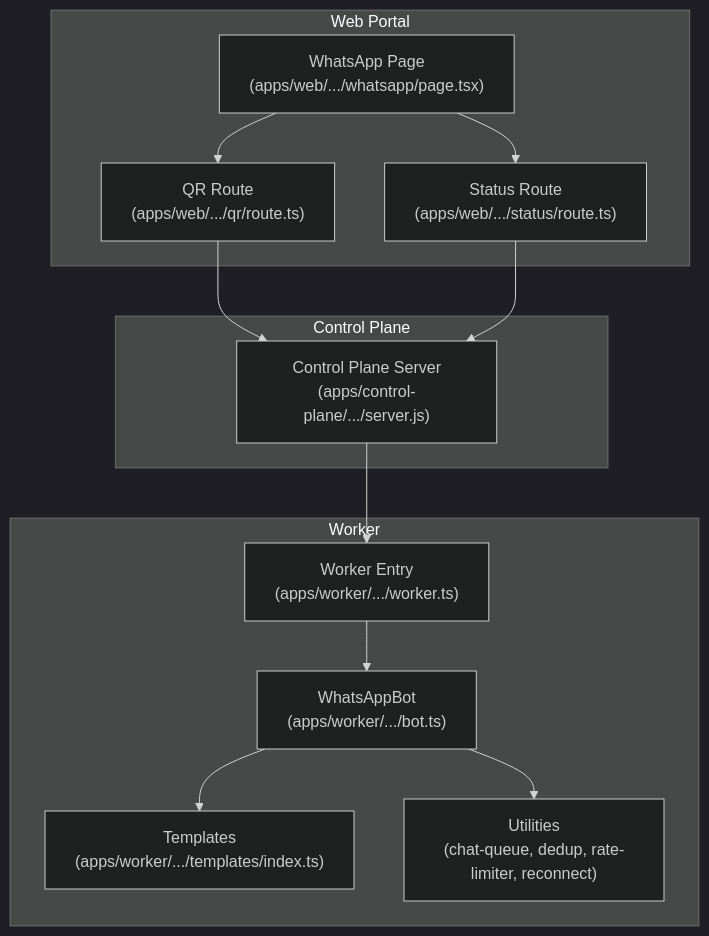
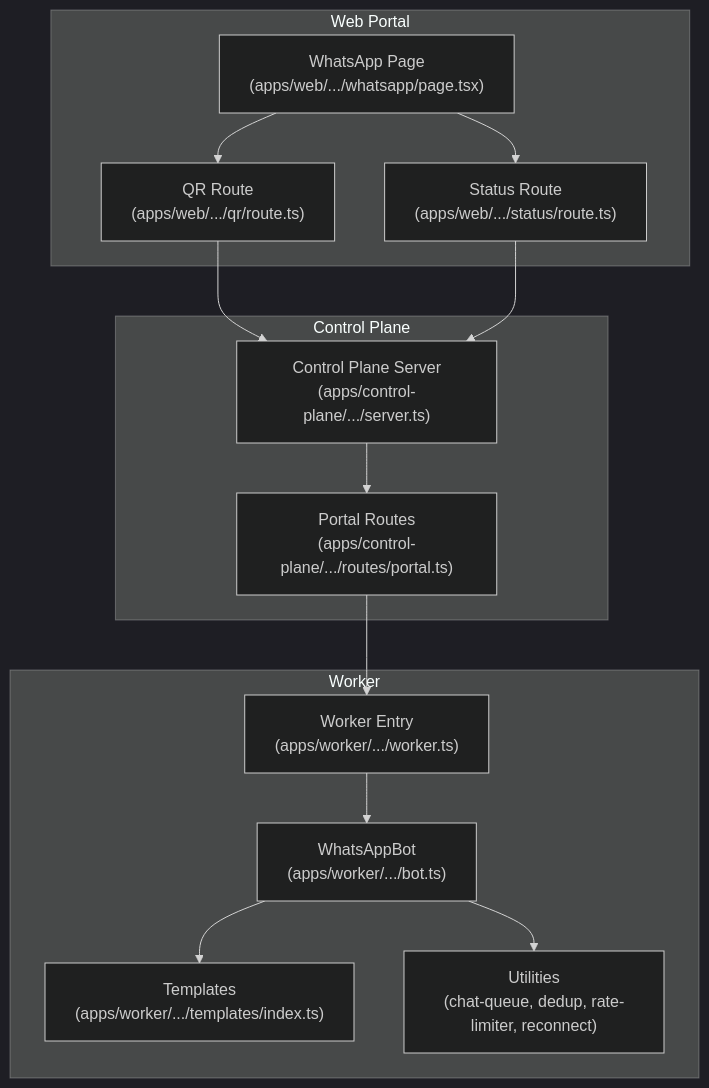
The first of 8 diagrams in .qoder/repowiki/en/content/WhatsApp Integration/WhatsApp Integration.md (askchiwa-spec/FLOW-HQ-BOT), drawn with Mermaid (dark theme) before and after one commit. The commit also changed other lines of this file and 69 other files, not shown here.

````diff
--- a/.qoder/repowiki/en/content/WhatsApp Integration/WhatsApp Integration.md
+++ b/.qoder/repowiki/en/content/WhatsApp Integration/WhatsApp Integration.md
@@ -42,25 +56,27 @@
 ```mermaid
 graph TB
 subgraph "Web Portal"
 WP["WhatsApp Page<br/>(apps/web/.../whatsapp/page.tsx)"]
 QRRoute["QR Route<br/>(apps/web/.../qr/route.ts)"]
 StatusRoute["Status Route<br/>(apps/web/.../status/route.ts)"]
 end
 subgraph "Control Plane"
-CP["Control Plane Server<br/>(apps/control-plane/.../server.js)"]
+CP["Control Plane Server<br/>(apps/control-plane/.../server.ts)"]
+PortalRoutes["Portal Routes<br/>(apps/control-plane/.../routes/portal.ts)"]
 end
 subgraph "Worker"
 WorkerMain["Worker Entry<br/>(apps/worker/.../worker.ts)"]
 Bot["WhatsAppBot<br/>(apps/worker/.../bot.ts)"]
 Templates["Templates<br/>(apps/worker/.../templates/index.ts)"]
 Utils["Utilities<br/>(chat-queue, dedup, rate-limiter, reconnect)"]
 end
 WP --> QRRoute
 WP --> StatusRoute
 QRRoute --> CP
 StatusRoute --> CP
-CP --> WorkerMain
+CP --> PortalRoutes
+PortalRoutes --> WorkerMain
 WorkerMain --> Bot
 Bot --> Templates
 Bot --> Utils
 ```
````
